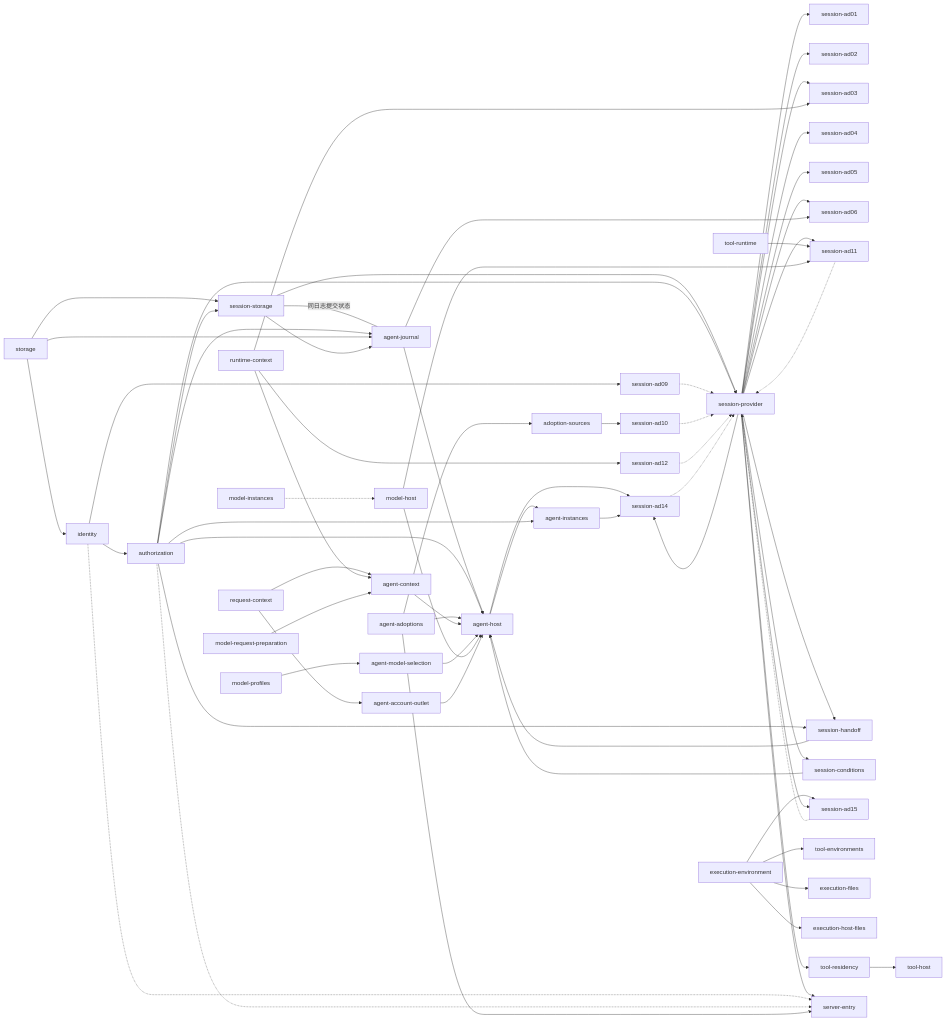
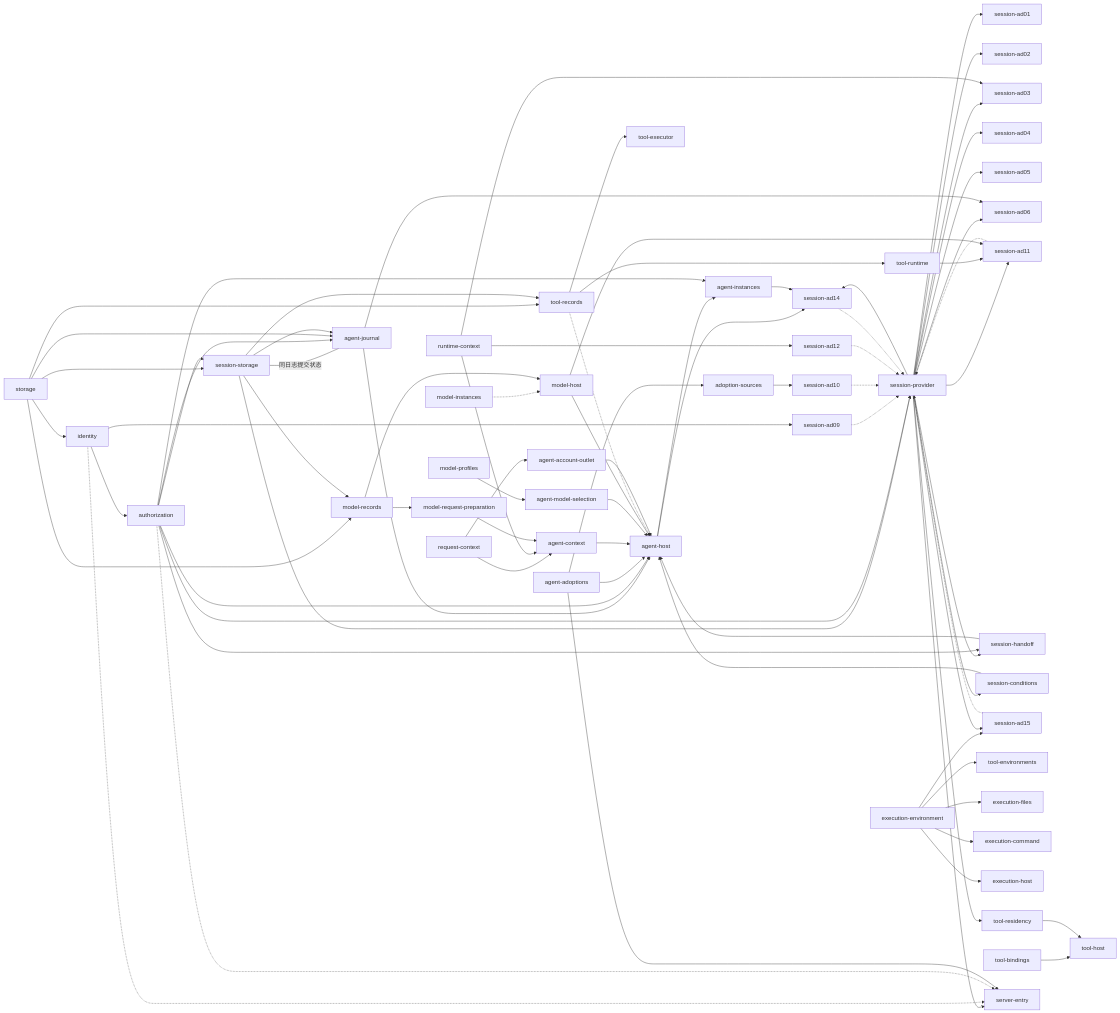
The diagram in docs/architecture/runtime/application-assembly.md (nemori-ai/omne-harness-lite), drawn with Mermaid before and after one commit. The commit also changed other lines of this file and 50 other files, not shown here.

````diff
--- a/docs/architecture/runtime/application-assembly.md
+++ b/docs/architecture/runtime/application-assembly.md
@@ -94,68 +100,79 @@
 ```mermaid
 flowchart LR
   storage --> identity
   storage --> session-storage
   authorization --> session-storage
   session-storage ---|同日志提交状态| agent-journal
   identity --> authorization
   session-storage --> session-provider
   authorization --> session-provider
   authorization --> agent-journal
   session-provider --> session-ad01
   session-provider --> session-ad02
   session-provider --> session-ad03
   session-provider --> session-ad04
   session-provider --> session-ad05
   session-provider --> session-ad06
   session-provider --> session-ad11
   session-provider --> session-ad14
   runtime-context --> session-ad03
   runtime-context --> session-ad12
   model-profiles --> agent-model-selection
   model-instances -.-> model-host
   identity --> session-ad09
   agent-host --> session-ad14
   agent-instances --> session-ad14
   request-context --> agent-context
   runtime-context --> agent-context
   agent-journal --> agent-host
   authorization --> agent-host
   agent-adoptions --> agent-host
   agent-context --> agent-host
   agent-model-selection --> agent-host
   session-handoff --> agent-host
   session-conditions --> agent-host
   session-provider --> session-handoff
   session-provider --> session-conditions
   model-host --> agent-host
   agent-host --> agent-instances
   authorization --> agent-instances
   tool-runtime --> session-ad11
   agent-journal --> session-ad06
   model-host --> session-ad11
   execution-environment --> session-ad15
   session-provider --> session-ad15
   execution-environment --> tool-environments
   execution-environment --> execution-files
-  execution-environment --> execution-host-files
+  execution-environment --> execution-command
+  execution-environment --> execution-host
+  storage --> model-records
+  session-storage --> model-records
+  model-records --> model-host
+  model-records --> model-request-preparation
+  storage --> tool-records
+  session-storage --> tool-records
+  tool-records --> tool-runtime
+  tool-records --> tool-executor
+  tool-records -.-> agent-host
+  tool-bindings --> tool-host
   session-provider --> tool-residency
   tool-residency --> tool-host
   session-provider --> server-entry
   session-ad09 -.-> session-provider
   session-ad10 -.-> session-provider
   session-ad12 -.-> session-provider
   session-ad14 -.-> session-provider
   session-ad11 -.-> session-provider
   session-ad15 -.-> session-provider
   identity -.-> server-entry
   authorization -.-> server-entry
   authorization --> session-handoff
   storage --> agent-journal
   session-storage --> agent-journal
   agent-adoptions --> adoption-sources
   agent-adoptions --> server-entry
   adoption-sources --> session-ad10
   model-request-preparation --> agent-context
   request-context --> agent-account-outlet
   agent-account-outlet --> agent-host
 ```
````
